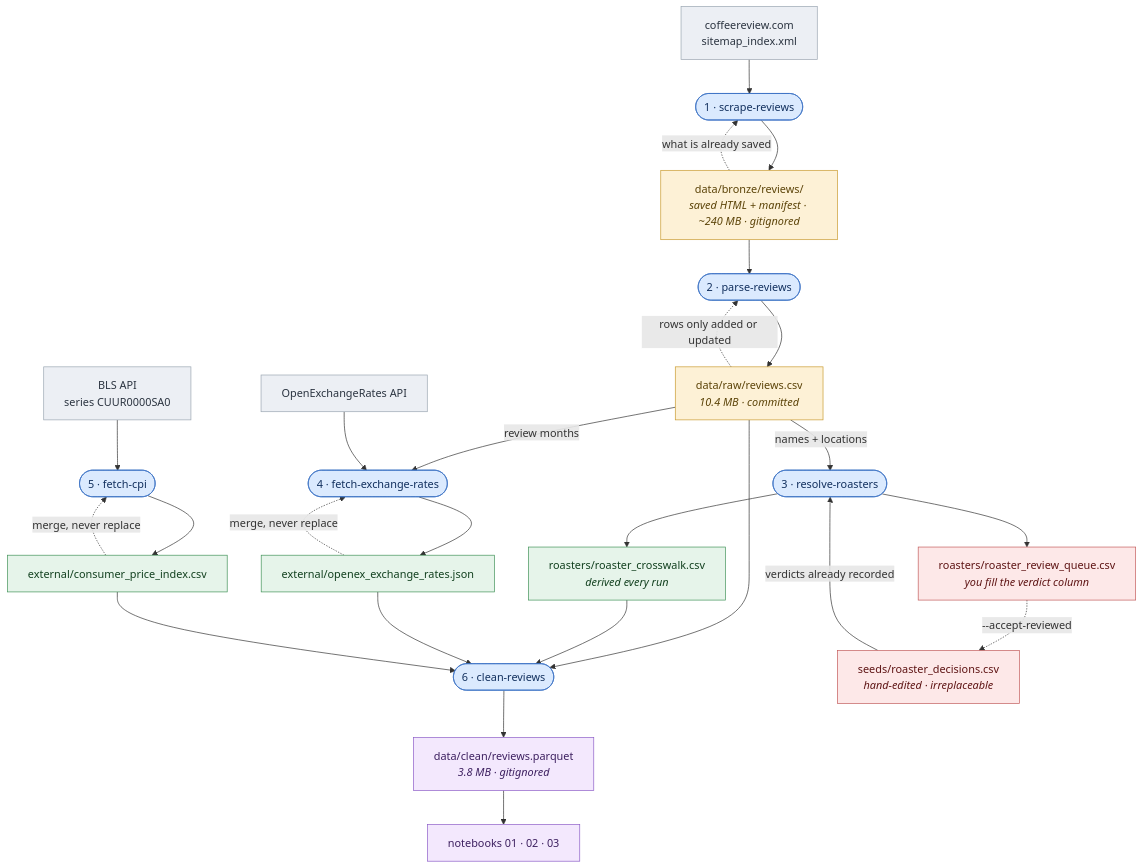
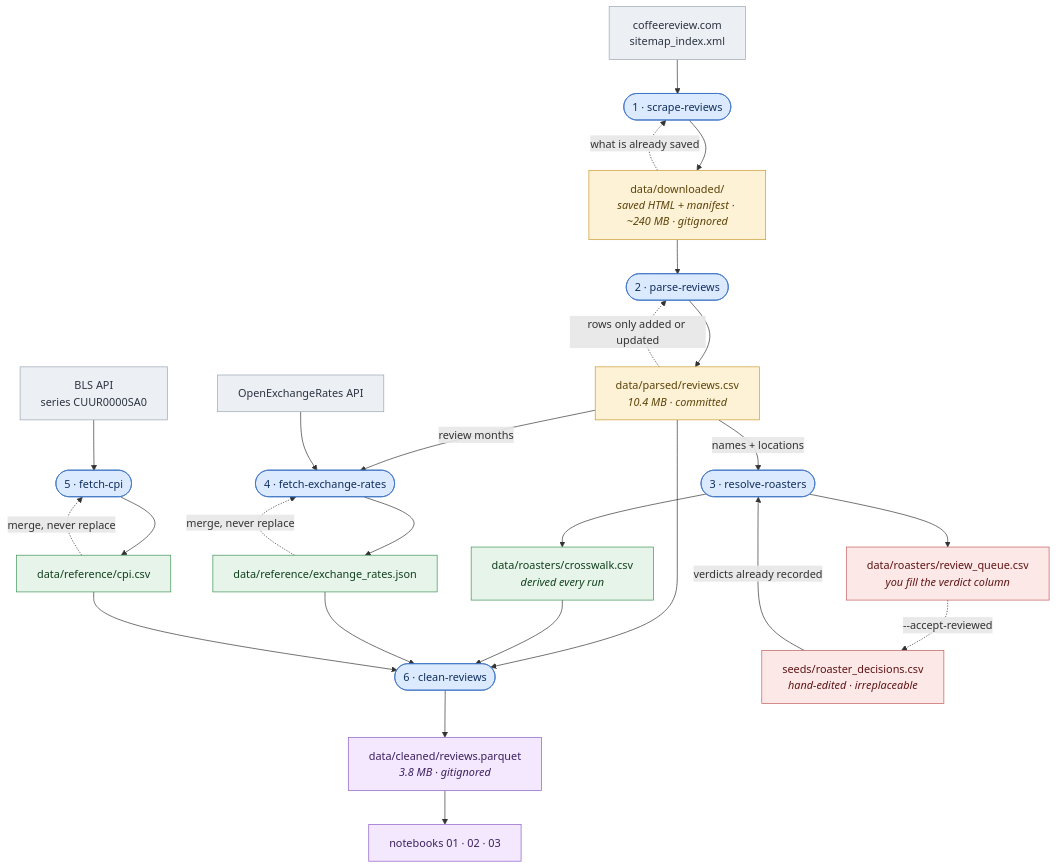
Before and after one commit to tynardone/coffee-review-analysis: the diagram in docs/data-flow.md, drawn with Mermaid. The commit also changed other lines of this file and 29 other files, not shown here.

````diff
--- a/docs/data-flow.md
+++ b/docs/data-flow.md
@@ -6,56 +6,56 @@
 ```mermaid
 flowchart TD
     classDef ext fill:#eceff4,stroke:#9aa5b1,color:#2b3440
     classDef cmd fill:#dbeafe,stroke:#3b72c4,color:#12305e
-    classDef raw fill:#fdf1d6,stroke:#c99a2e,color:#5c4409
+    classDef data fill:#fdf1d6,stroke:#c99a2e,color:#5c4409
     classDef ref fill:#e6f4ea,stroke:#3f9257,color:#12401f
     classDef out fill:#f3e8fd,stroke:#8b5cc7,color:#3d2060
     classDef human fill:#fde8e8,stroke:#c25a5a,color:#5e1414
 
     SITE["coffeereview.com<br/>sitemap_index.xml"]:::ext
     OXR["OpenExchangeRates API"]:::ext
     BLSAPI["BLS API<br/>series CUUR0000SA0"]:::ext
 
     SCRAPE(["1 · scrape-reviews"]):::cmd
     PARSE(["2 · parse-reviews"]):::cmd
     RESOLVE(["3 · resolve-roasters"]):::cmd
     FXCMD(["4 · fetch-exchange-rates"]):::cmd
     CPICMD(["5 · fetch-cpi"]):::cmd
     CLEAN(["6 · clean-reviews"]):::cmd
 
-    BRONZE["data/bronze/reviews/<br/><i>saved HTML + manifest · ~240 MB · gitignored</i>"]:::raw
-    RAW["data/raw/reviews.csv<br/><i>10.4 MB · committed</i>"]:::raw
+    DOWNLOADED["data/downloaded/<br/><i>saved HTML + manifest · ~240 MB · gitignored</i>"]:::data
+    PARSED["data/parsed/reviews.csv<br/><i>10.4 MB · committed</i>"]:::data
     DEC["seeds/roaster_decisions.csv<br/><i>hand-edited · irreplaceable</i>"]:::human
-    QUEUE["roasters/roaster_review_queue.csv<br/><i>you fill the verdict column</i>"]:::human
-    XWALK["roasters/roaster_crosswalk.csv<br/><i>derived every run</i>"]:::ref
-    FX["external/openex_exchange_rates.json"]:::ref
-    CPI["external/consumer_price_index.csv"]:::ref
-    CLEANED["data/clean/reviews.parquet<br/><i>3.8 MB · gitignored</i>"]:::out
+    QUEUE["data/roasters/review_queue.csv<br/><i>you fill the verdict column</i>"]:::human
+    XWALK["data/roasters/crosswalk.csv<br/><i>derived every run</i>"]:::ref
+    FX["data/reference/exchange_rates.json"]:::ref
+    CPI["data/reference/cpi.csv"]:::ref
+    CLEANED["data/cleaned/reviews.parquet<br/><i>3.8 MB · gitignored</i>"]:::out
     NB["notebooks 01 · 02 · 03"]:::out
 
-    SITE --> SCRAPE --> BRONZE
-    BRONZE -. "what is already saved" .-> SCRAPE
-    BRONZE --> PARSE --> RAW
-    RAW -. "rows only added or updated" .-> PARSE
+    SITE --> SCRAPE --> DOWNLOADED
+    DOWNLOADED -. "what is already saved" .-> SCRAPE
+    DOWNLOADED --> PARSE --> PARSED
+    PARSED -. "rows only added or updated" .-> PARSE
 
-    RAW -- "names + locations" --> RESOLVE
+    PARSED -- "names + locations" --> RESOLVE
     DEC -- "verdicts already recorded" --> RESOLVE
     RESOLVE --> XWALK
     RESOLVE --> QUEUE
     QUEUE -. "--accept-reviewed" .-> DEC
 
-    RAW -- "review months" --> FXCMD
+    PARSED -- "review months" --> FXCMD
     OXR --> FXCMD
     FX -. "merge, never replace" .-> FXCMD
     FXCMD --> FX
 
     BLSAPI --> CPICMD
     CPI -. "merge, never replace" .-> CPICMD
     CPICMD --> CPI
 
-    RAW --> CLEAN
+    PARSED --> CLEAN
     XWALK --> CLEAN
     FX --> CLEAN
     CPI --> CLEAN
     CLEAN --> CLEANED --> NB
 ```
````
